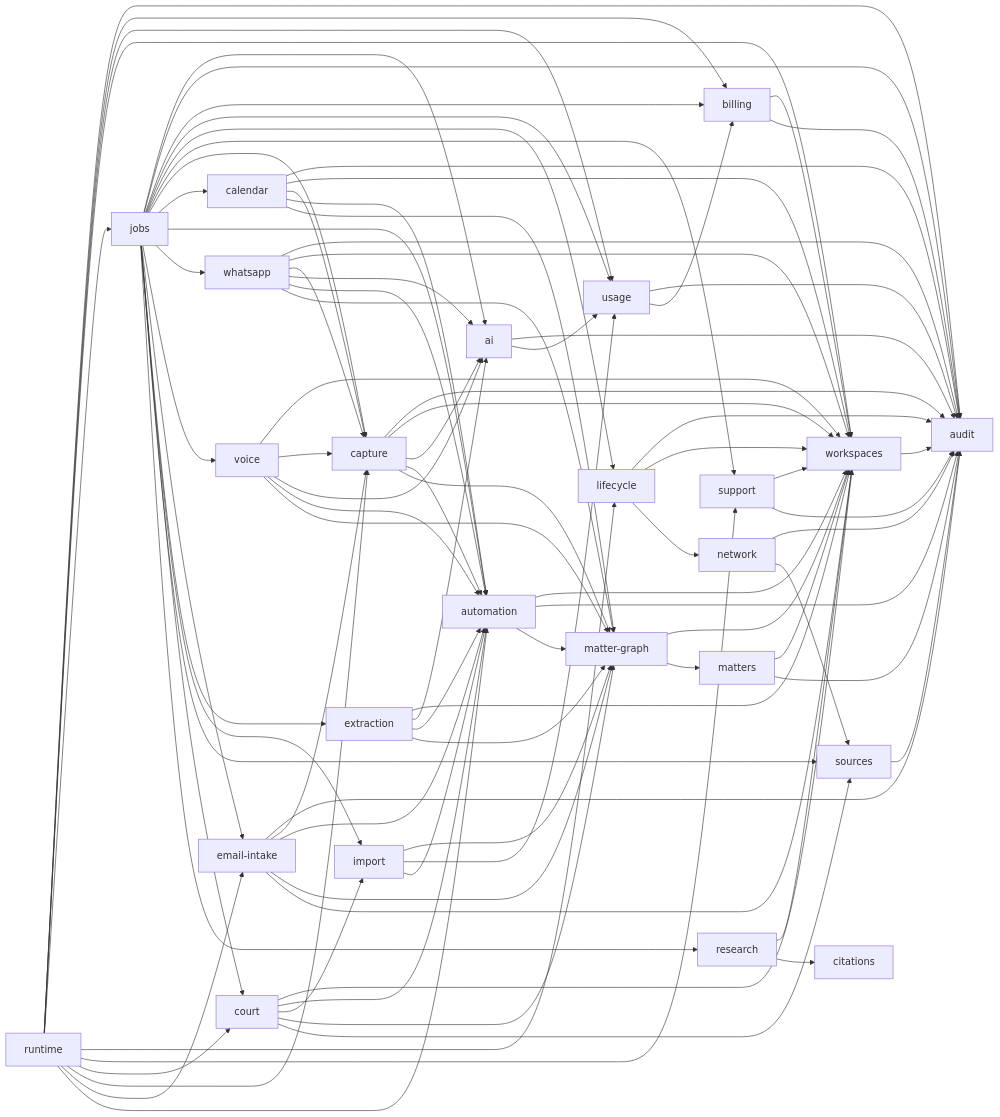
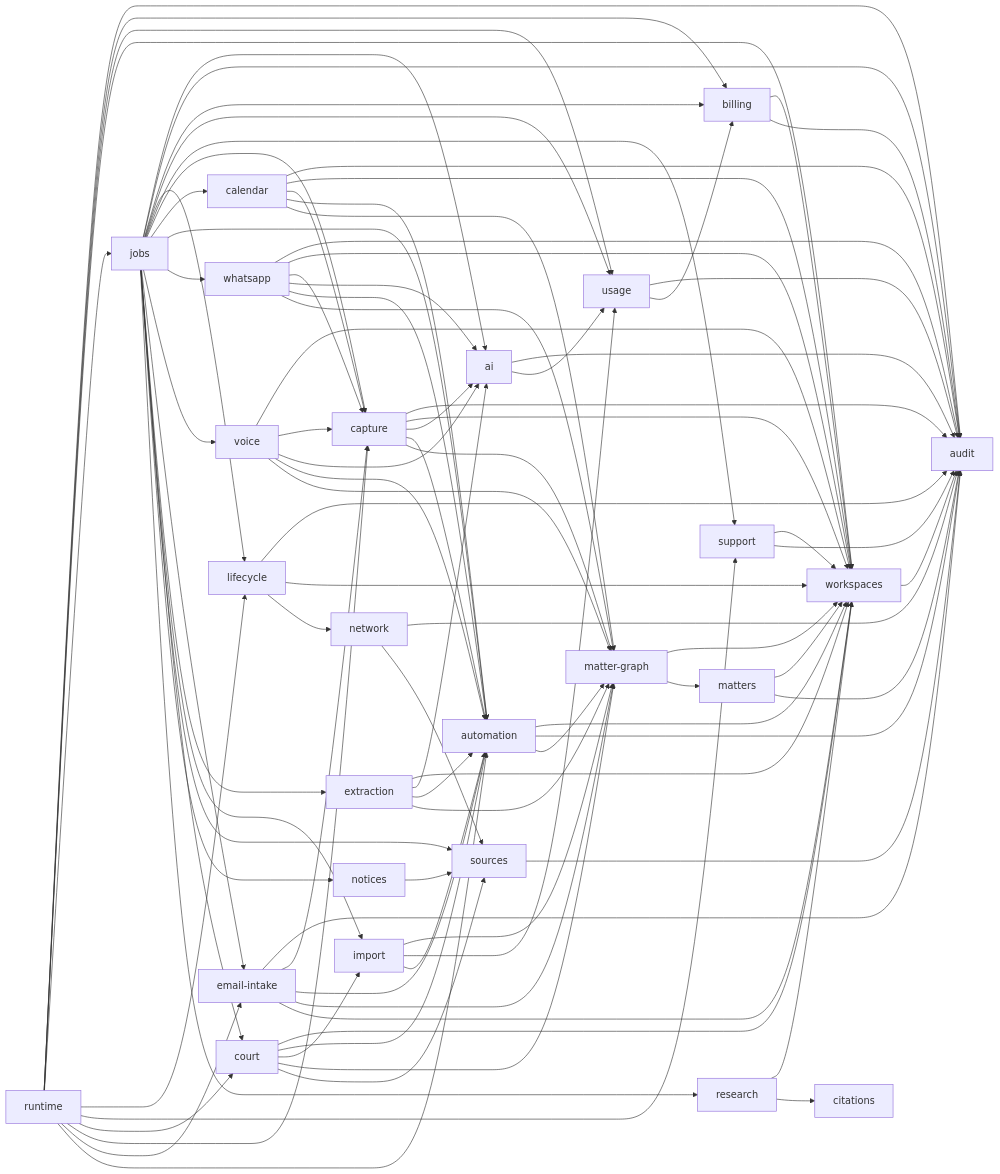
The diagram in docs/engineering/core-domains.md (RapierCraftStudios/causedeck), drawn with Mermaid before and after one commit. The commit also changed other lines of this file and 18 other files, not shown here.

```diff
--- a/docs/engineering/core-domains.md
+++ b/docs/engineering/core-domains.md
@@ -129,6 +130,8 @@
   jobs --> import
   jobs --> court
   jobs --> sources
+  jobs --> notices
+  notices --> sources
   jobs --> research
   calendar --> audit
   calendar --> workspaces
```
